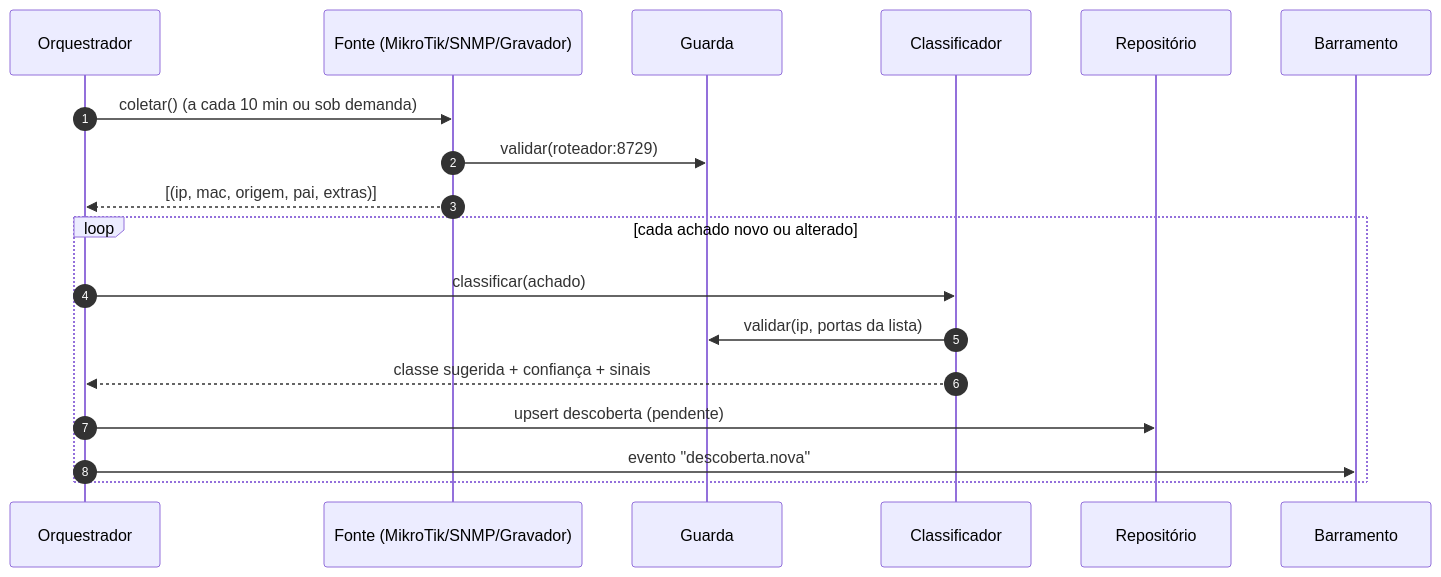
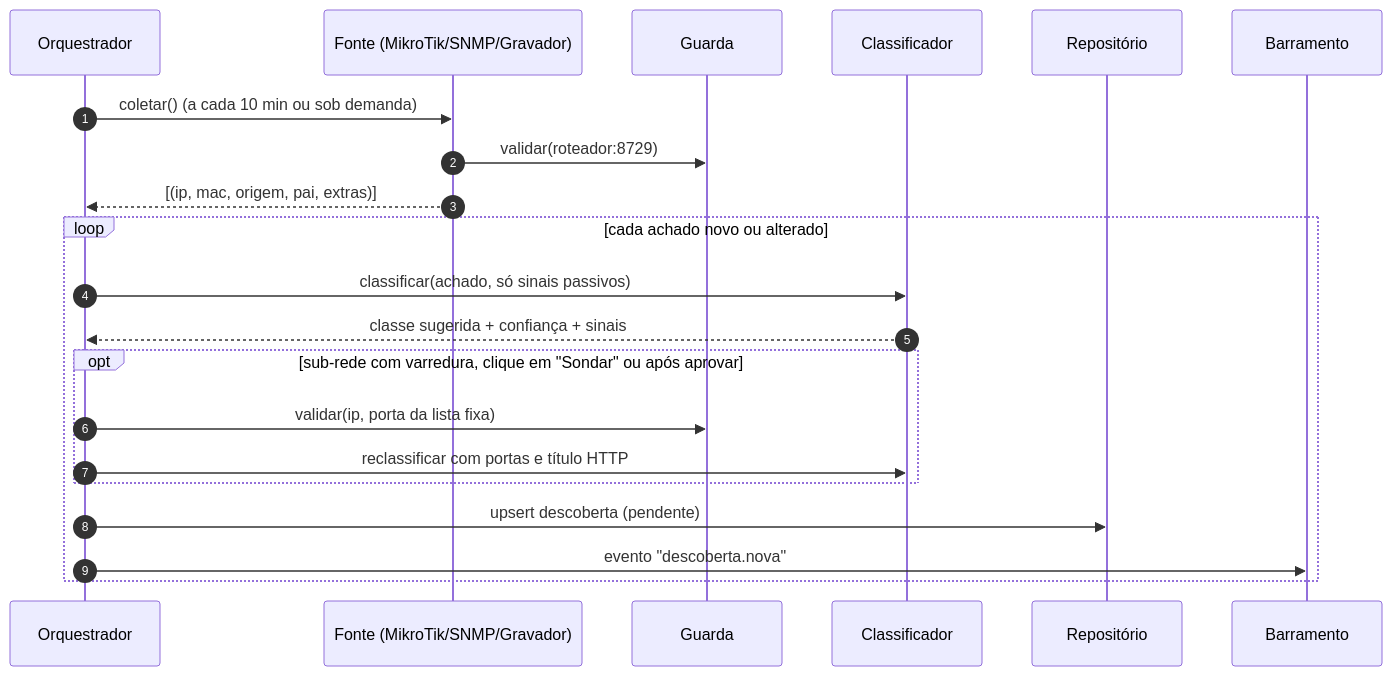
One commit to lumezencio/Sentinela changed the fifth of 7 diagrams in docs/arquitetura/ARQUITETURA.md. Above: the diagram before and after it, drawn with Mermaid. The commit also changed other lines of this file and 17 other files, not shown here.

````diff
--- a/docs/arquitetura/ARQUITETURA.md
+++ b/docs/arquitetura/ARQUITETURA.md
@@ -186,20 +188,23 @@
 ```mermaid
 sequenceDiagram
     autonumber
     participant O as Orquestrador
     participant F as Fonte (MikroTik/SNMP/Gravador)
     participant G as Guarda
     participant C as Classificador
     participant R as Repositório
     participant B as Barramento
     O->>F: coletar() (a cada 10 min ou sob demanda)
     F->>G: validar(roteador:8729)
     F-->>O: [(ip, mac, origem, pai, extras)]
     loop cada achado novo ou alterado
-        O->>C: classificar(achado)
-        C->>G: validar(ip, portas da lista)
+        O->>C: classificar(achado, só sinais passivos)
         C-->>O: classe sugerida + confiança + sinais
+        opt sub-rede com varredura, clique em "Sondar" ou após aprovar
+            O->>G: validar(ip, porta da lista fixa)
+            O->>C: reclassificar com portas e título HTTP
+        end
         O->>R: upsert descoberta (pendente)
         O->>B: evento "descoberta.nova"
     end
 ```
````
